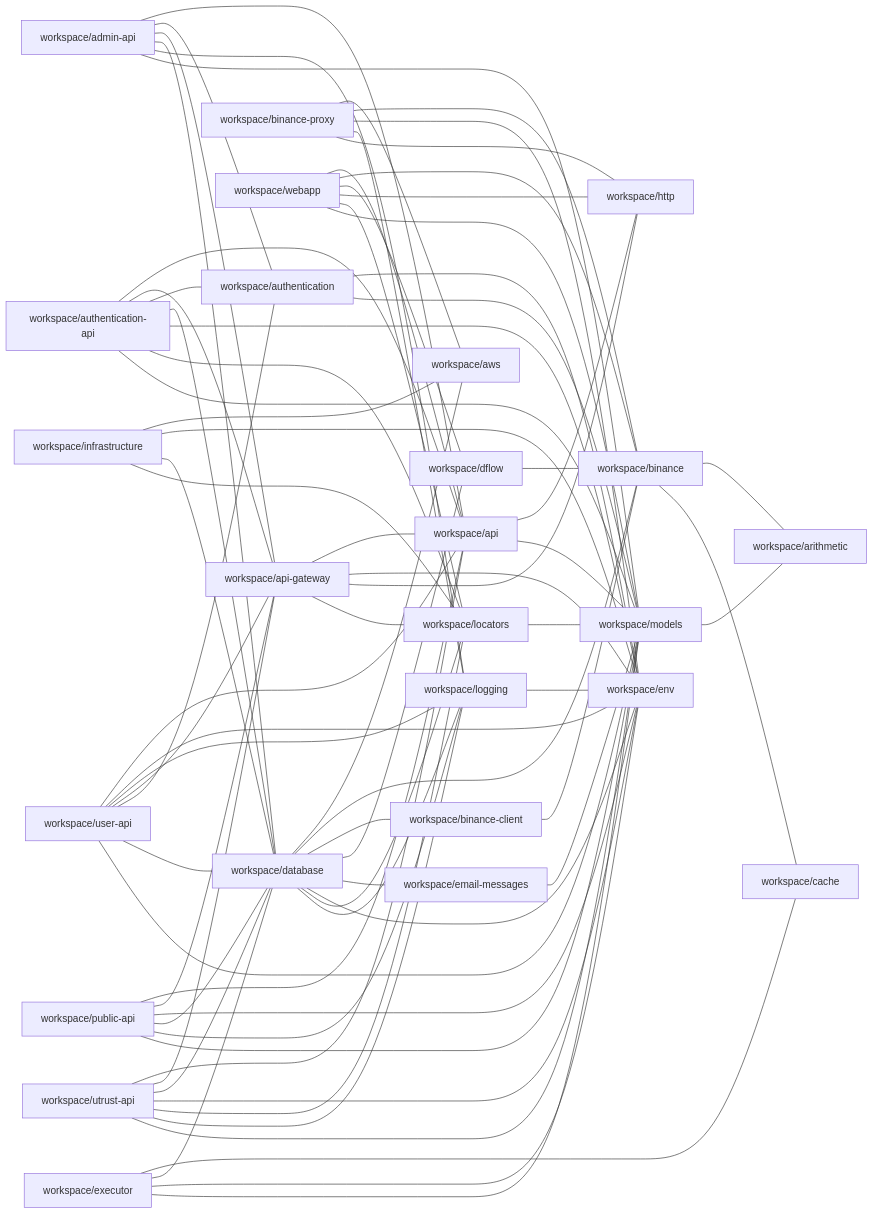
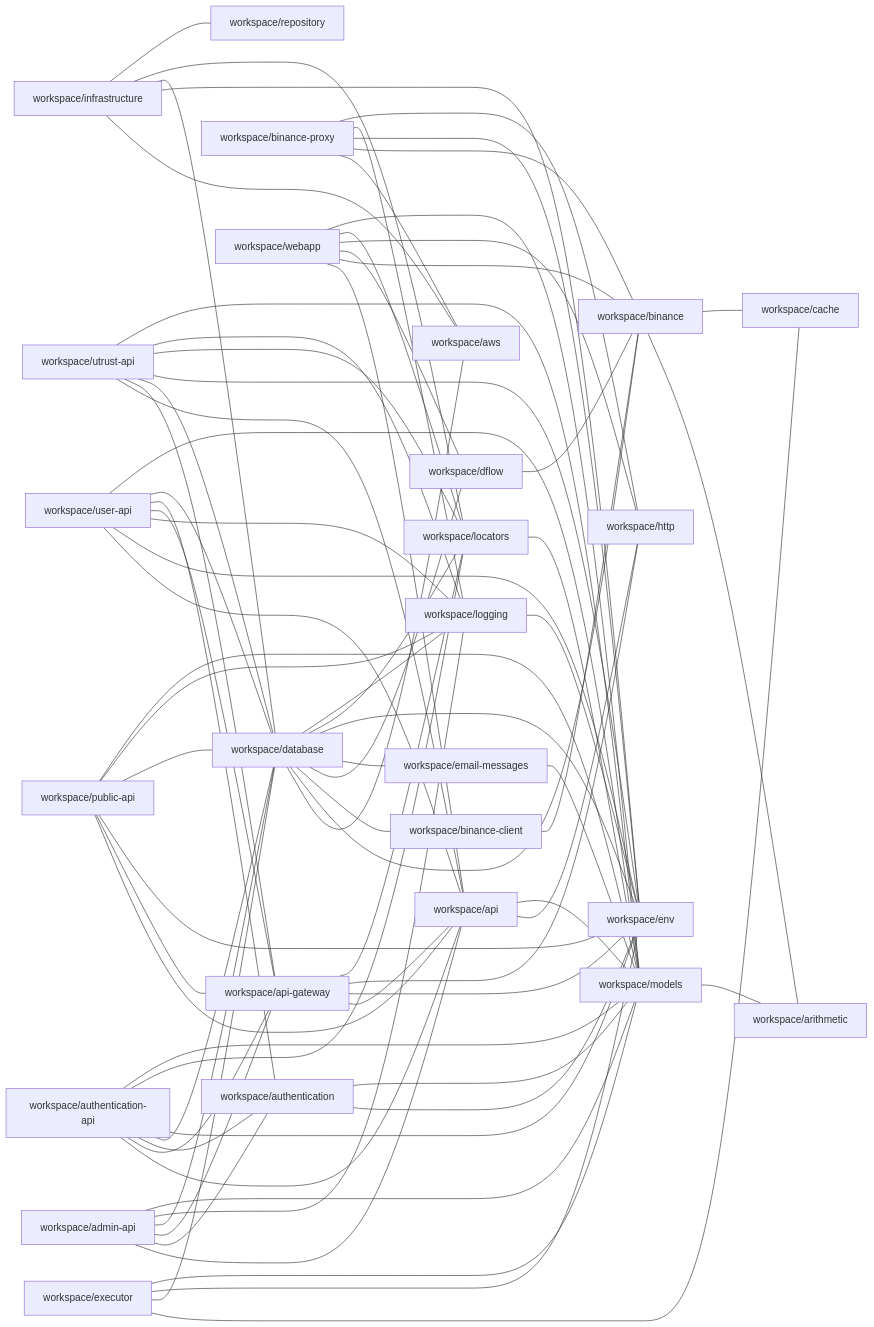
One commit to ggbot-org/ggbot changed the diagram in docs/npm-dependencies.md. Above: the diagram before and after it, drawn with Mermaid. The commit also changed 17 other files, not shown here.

````diff
--- a/docs/npm-dependencies.md
+++ b/docs/npm-dependencies.md
@@ -5,79 +5,80 @@
 ```mermaid
 graph LR
     workspace/admin-api --- workspace/api
     workspace/admin-api --- workspace/authentication
     workspace/admin-api --- workspace/api-gateway
     workspace/admin-api --- workspace/database
     workspace/admin-api --- workspace/logging
     workspace/admin-api --- workspace/models
     workspace/api --- workspace/http
     workspace/api --- workspace/models
     workspace/api-gateway --- workspace/api
     workspace/api-gateway --- workspace/env
     workspace/api-gateway --- workspace/http
     workspace/api-gateway --- workspace/locators
     workspace/authentication --- workspace/env
     workspace/authentication --- workspace/models
     workspace/authentication-api --- workspace/api
     workspace/authentication-api --- workspace/api-gateway
     workspace/authentication-api --- workspace/authentication
     workspace/authentication-api --- workspace/database
     workspace/authentication-api --- workspace/env
     workspace/authentication-api --- workspace/locators
     workspace/authentication-api --- workspace/models
     workspace/binance --- workspace/arithmetic
     workspace/binance --- workspace/cache
     workspace/binance-client --- workspace/binance
     workspace/binance-proxy --- workspace/aws
     workspace/binance-proxy --- workspace/binance
     workspace/binance-proxy --- workspace/env
     workspace/binance-proxy --- workspace/logging
     workspace/binance-proxy --- workspace/http
     workspace/database --- workspace/aws
     workspace/database --- workspace/binance
     workspace/database --- workspace/binance-client
     workspace/database --- workspace/dflow
     workspace/database --- workspace/email-messages
     workspace/database --- workspace/env
     workspace/database --- workspace/locators
     workspace/database --- workspace/logging
     workspace/dflow --- workspace/binance
     workspace/email-messages --- workspace/models
     workspace/executor --- workspace/cache
     workspace/executor --- workspace/database
     workspace/executor --- workspace/env
     workspace/executor --- workspace/models
     workspace/infrastructure --- workspace/aws
     workspace/infrastructure --- workspace/env
     workspace/infrastructure --- workspace/database
     workspace/infrastructure --- workspace/locators
+    workspace/infrastructure --- workspace/repository
     workspace/locators --- workspace/models
     workspace/logging --- workspace/env
     workspace/models --- workspace/arithmetic
     workspace/public-api --- workspace/api
     workspace/public-api --- workspace/api-gateway
     workspace/public-api --- workspace/env
     workspace/public-api --- workspace/database
     workspace/public-api --- workspace/logging
     workspace/public-api --- workspace/models
     workspace/user-api --- workspace/api
     workspace/user-api --- workspace/env
     workspace/user-api --- workspace/logging
     workspace/user-api --- workspace/api-gateway
     workspace/user-api --- workspace/authentication
     workspace/user-api --- workspace/database
     workspace/user-api --- workspace/models
     workspace/utrust-api --- workspace/api
     workspace/utrust-api --- workspace/api-gateway
     workspace/utrust-api --- workspace/database
     workspace/utrust-api --- workspace/env
     workspace/utrust-api --- workspace/locators
     workspace/utrust-api --- workspace/logging
     workspace/utrust-api --- workspace/models
     workspace/webapp --- workspace/api
     workspace/webapp --- workspace/binance
     workspace/webapp --- workspace/dflow
     workspace/webapp --- workspace/http
     workspace/webapp --- workspace/locators
     workspace/webapp --- workspace/models
 ```
````
